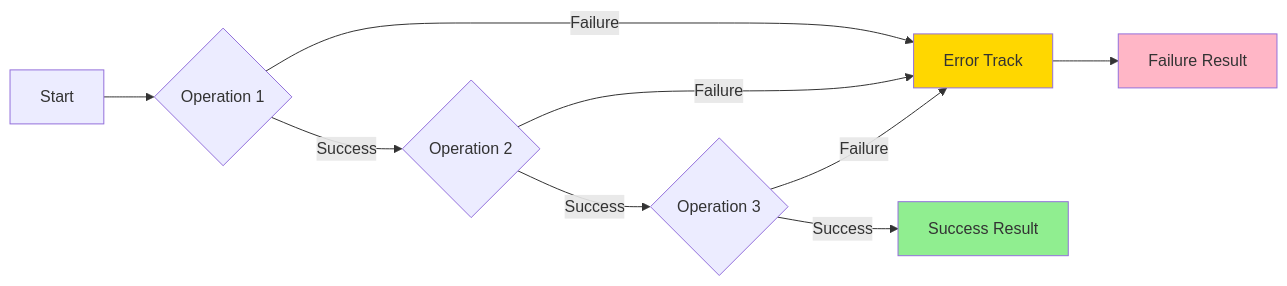
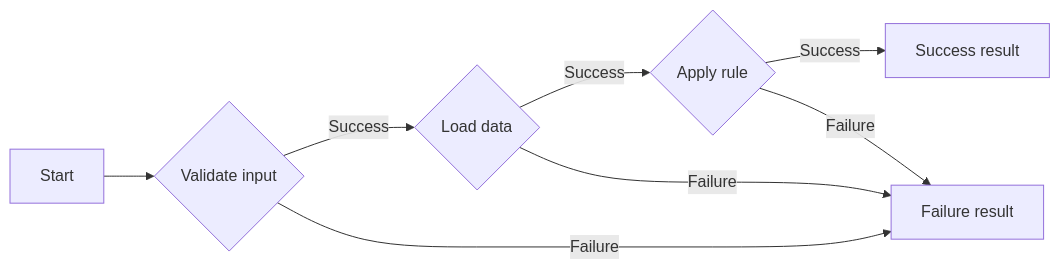
One commit to xavierjohn/Trellis changed the first of 2 diagrams in docs/docfx_project/articles/basics.md. Above: the diagram before and after it, drawn with Mermaid. The commit also changed other lines of this file and 107 other files, not shown here.

````diff
--- a/docs/docfx_project/articles/basics.md
+++ b/docs/docfx_project/articles/basics.md
@@ -26,15 +23,10 @@
 ```mermaid
 graph LR
-    A[Start] --> B{Operation 1}
-    B -->|Success| C{Operation 2}
-    B -->|Failure| E[Error Track]
-    C -->|Success| D{Operation 3}
-    C -->|Failure| E
-    D -->|Success| F[Success Result]
-    D -->|Failure| E
-    E --> G[Failure Result]
-    
-    style F fill:#90EE90
-    style G fill:#FFB6C6
-    style E fill:#FFD700
+    A[Start] --> B{Validate input}
+    B -->|Success| C{Load data}
+    B -->|Failure| F[Failure result]
+    C -->|Success| D{Apply rule}
+    C -->|Failure| F
+    D -->|Success| E[Success result]
+    D -->|Failure| F
 ```
````
